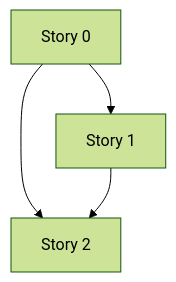
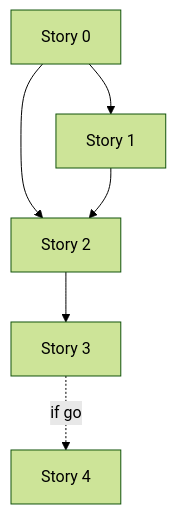
One commit to lmmoreira/ikaro changed the diagram in td/TD41-AGENT-CONTEXT-SLIMMING.md. Above: the diagram before and after it, drawn with Mermaid (forest theme). The commit also changed other lines of this file and 1 other file, not shown here.

````diff
--- a/td/TD41-AGENT-CONTEXT-SLIMMING.md
+++ b/td/TD41-AGENT-CONTEXT-SLIMMING.md
@@ -38,6 +45,8 @@
 ```mermaid
 graph TD
   S0[Story 0] --> S1[Story 1]
   S0 --> S2[Story 2]
   S1 --> S2
+  S2 --> S3[Story 3]
+  S3 -.->|if go| S4[Story 4]
 ```
````
